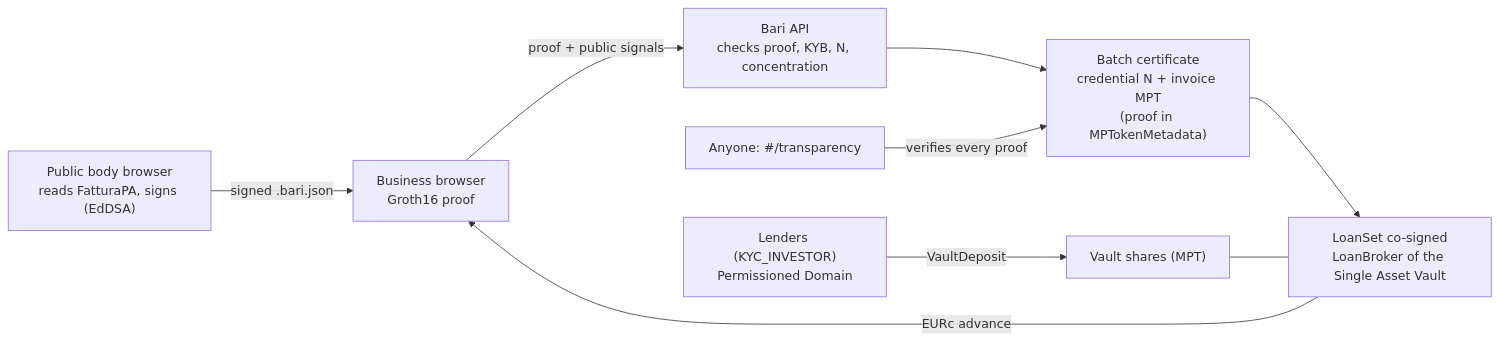
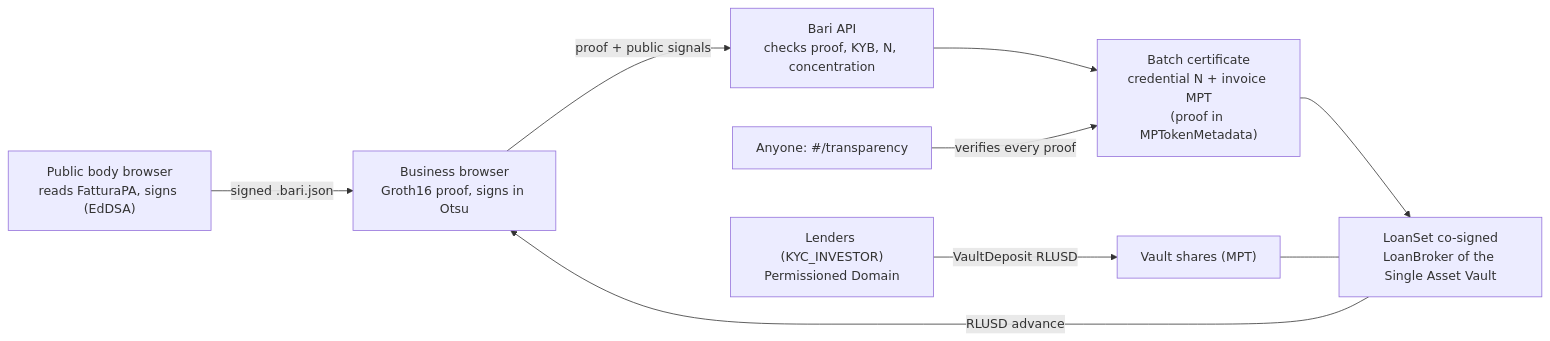
The diagram in README.md (STOOOKEEE/carboidrato), drawn with Mermaid before and after one commit. The commit also changed other lines of this file, not shown here.

Commit message:
docs: README in dollars and RLUSD, with Otsu and who signs what

````diff
--- a/README.md
+++ b/README.md
@@ -23,11 +51,11 @@
 ```mermaid
 flowchart LR
-  PB["Public body browser<br/>reads FatturaPA, signs (EdDSA)"] -->|signed .bari.json| SME["Business browser<br/>Groth16 proof"]
+  PB["Public body browser<br/>reads FatturaPA, signs (EdDSA)"] -->|signed .bari.json| SME["Business browser<br/>Groth16 proof, signs in Otsu"]
   SME -->|proof + public signals| API["Bari API<br/>checks proof, KYB, N, concentration"]
   API --> BATCH["Batch certificate<br/>credential N + invoice MPT<br/>(proof in MPTokenMetadata)"]
   BATCH --> LOAN["LoanSet co-signed<br/>LoanBroker of the Single Asset Vault"]
-  LOAN -->|EURc advance| SME
-  LENDERS["Lenders (KYC_INVESTOR)<br/>Permissioned Domain"] -->|VaultDeposit| VAULT["Vault shares (MPT)"]
+  LOAN -->|RLUSD advance| SME
+  LENDERS["Lenders (KYC_INVESTOR)<br/>Permissioned Domain"] -->|VaultDeposit RLUSD| VAULT["Vault shares (MPT)"]
   VAULT --- LOAN
   ANY["Anyone: #/transparency"] -->|verifies every proof| BATCH
 ```
````
